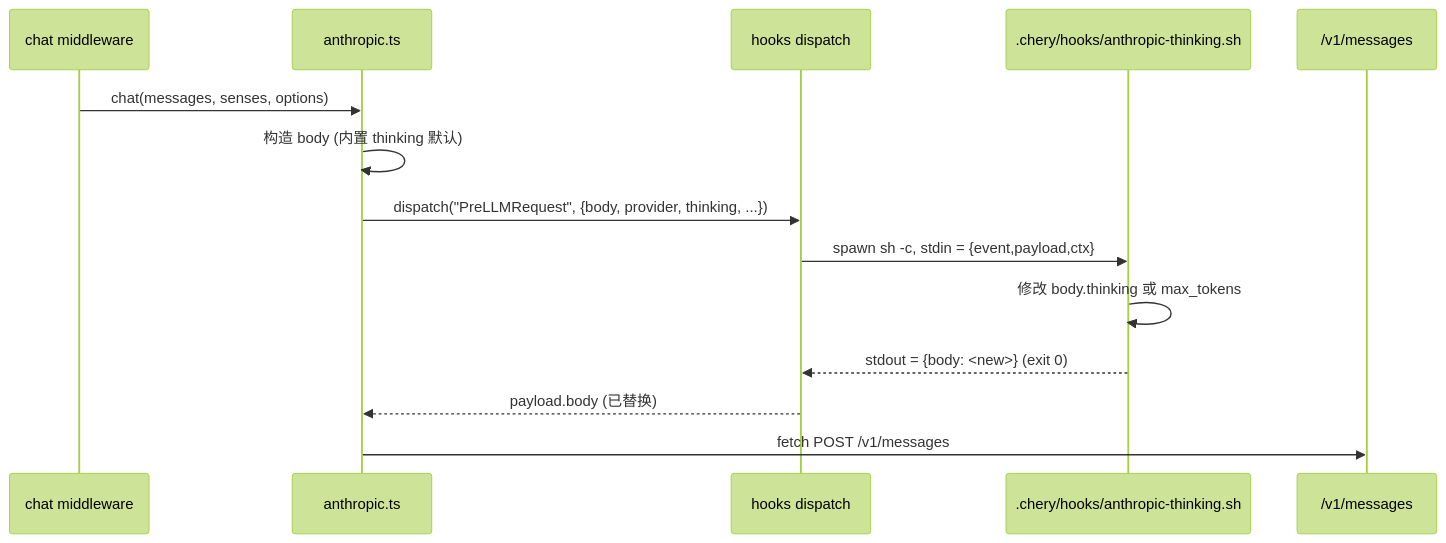
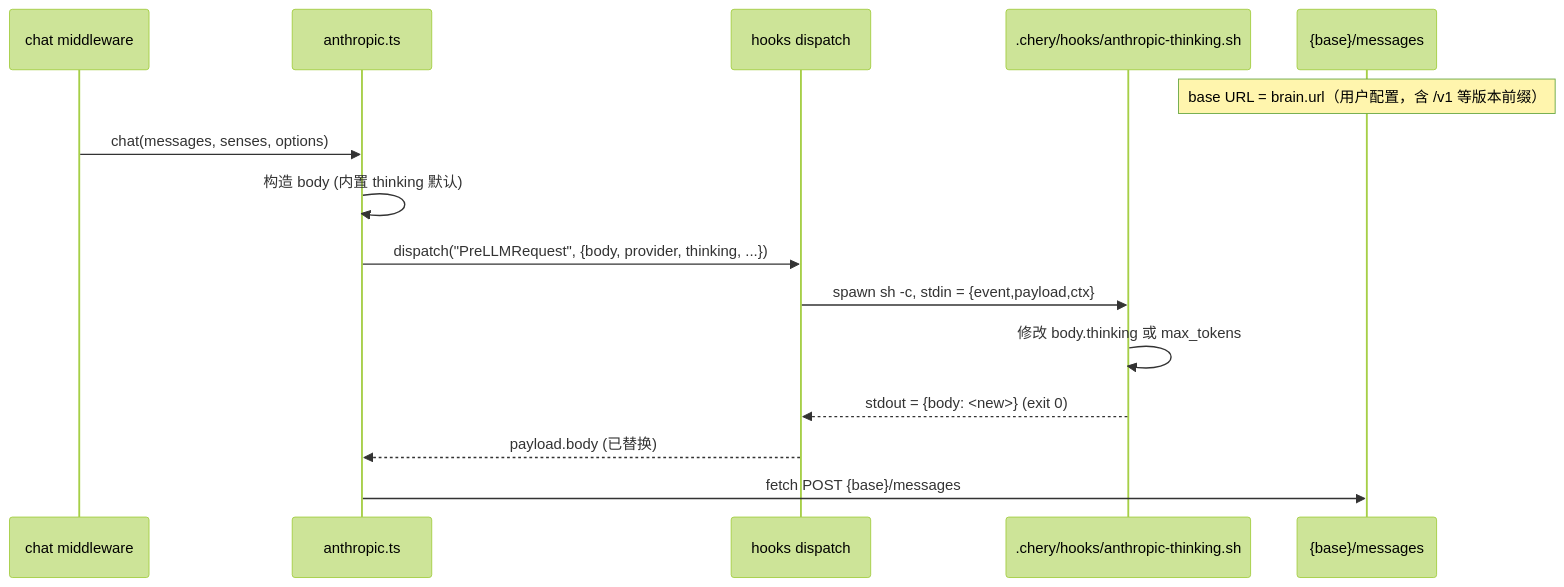
Before and after one commit to cherry-xw/cheryNyxus: the diagram in docs/agent/hooks.md, drawn with Mermaid (forest theme). The commit also changed other lines of this file and 14 other files, not shown here.

````diff
--- a/docs/agent/hooks.md
+++ b/docs/agent/hooks.md
@@ -118,17 +118,18 @@
 ```mermaid
 sequenceDiagram
     participant Chat as chat middleware
     participant Anthropic as anthropic.ts
     participant Dispatch as hooks dispatch
     participant Shell as .chery/hooks/anthropic-thinking.sh
-    participant API as /v1/messages
+    participant API as {base}/messages
+    Note over API: base URL = brain.url（用户配置，含 /v1 等版本前缀）
 
     Chat->>Anthropic: chat(messages, senses, options)
     Anthropic->>Anthropic: 构造 body (内置 thinking 默认)
     Anthropic->>Dispatch: dispatch("PreLLMRequest", {body, provider, thinking, ...})
     Dispatch->>Shell: spawn sh -c, stdin = {event,payload,ctx}
     Shell->>Shell: 修改 body.thinking 或 max_tokens
     Shell-->>Dispatch: stdout = {body: <new>}  (exit 0)
     Dispatch-->>Anthropic: payload.body (已替换)
-    Anthropic->>API: fetch POST /v1/messages
+    Anthropic->>API: fetch POST {base}/messages
 ```
````
